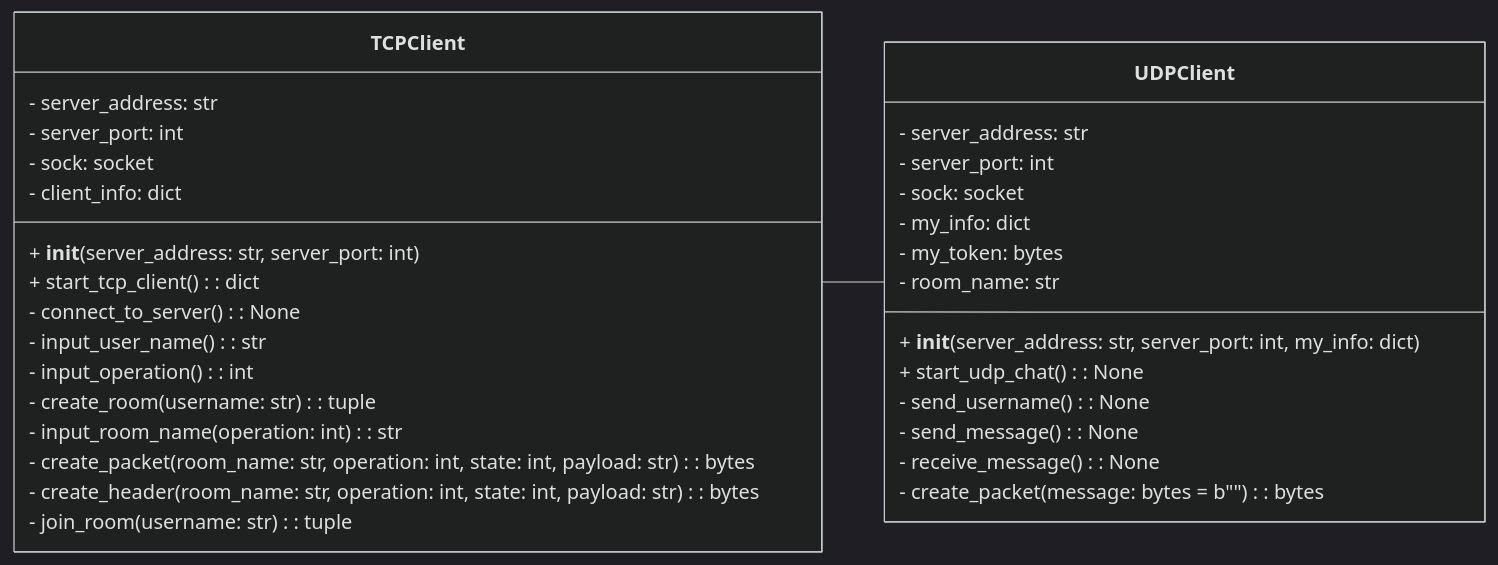
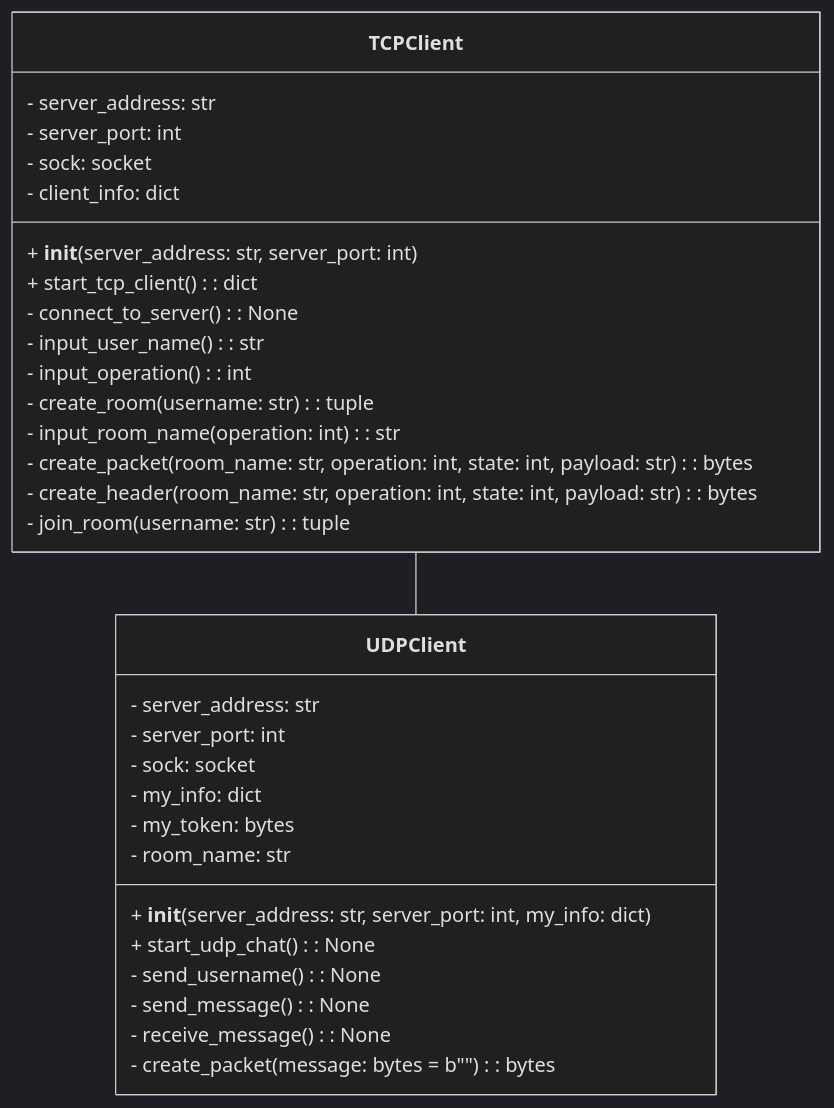
Before and after one commit to BackendExplorer/Multi-User-Chat-App: the fourth of 4 diagrams in README.md, drawn with Mermaid (dark theme). The commit also changed other lines of this file, not shown here.

````diff
--- a/README.md
+++ b/README.md
@@ -222,38 +222,38 @@
 ```mermaid
 classDiagram
-direction LR
+direction TD
 
 TCPClient -- UDPClient
 
 class TCPClient {
     - server_address: str
     - server_port: int
     - sock: socket
     - client_info: dict
     + __init__(server_address: str, server_port: int)
     + start_tcp_client(): dict
     - connect_to_server(): None
     - input_user_name(): str
     - input_operation(): int
     - create_room(username: str): tuple
     - input_room_name(operation: int): str
     - create_packet(room_name: str, operation: int, state: int, payload: str): bytes
     - create_header(room_name: str, operation: int, state: int, payload: str): bytes
     - join_room(username: str): tuple
 }
 
 class UDPClient {
     - server_address: str
     - server_port: int
     - sock: socket
     - my_info: dict
     - my_token: bytes
     - room_name: str
     + __init__(server_address: str, server_port: int, my_info: dict)
     + start_udp_chat(): None
     - send_username(): None
     - send_message(): None
     - receive_message(): None
     - create_packet(message: bytes = b"" ): bytes
 }
 ```
````
